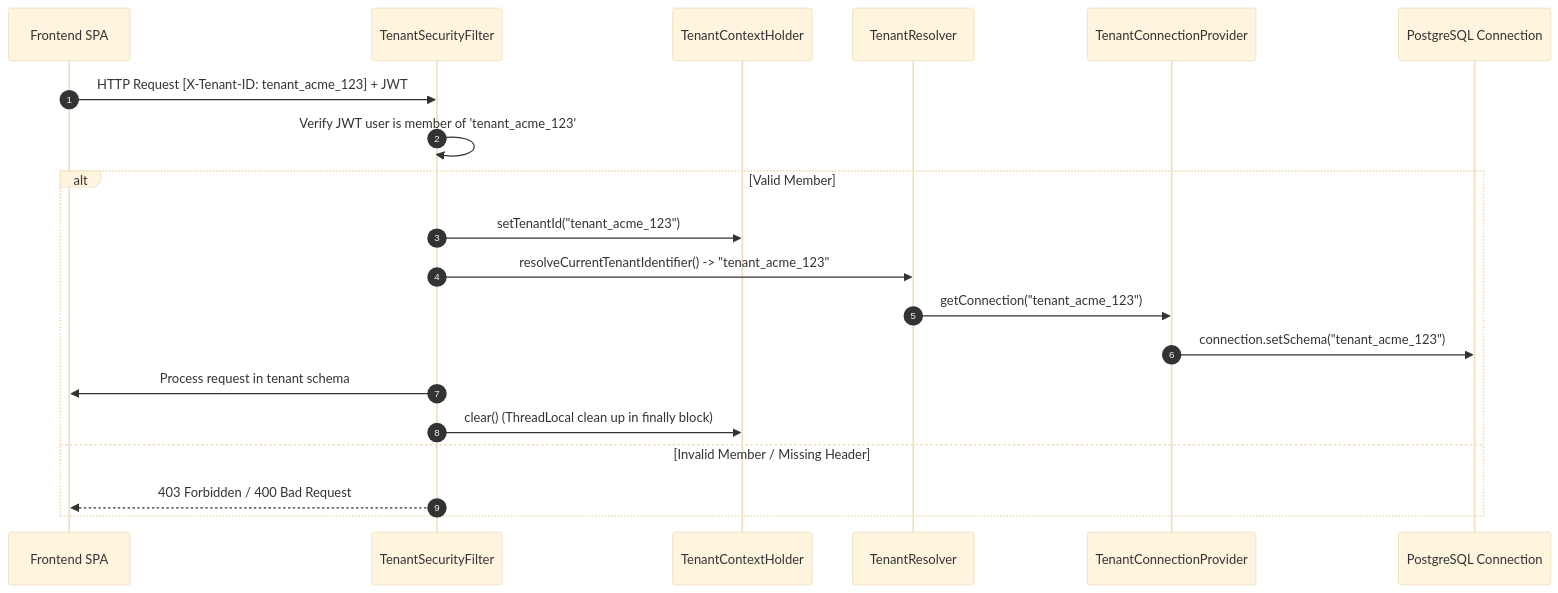
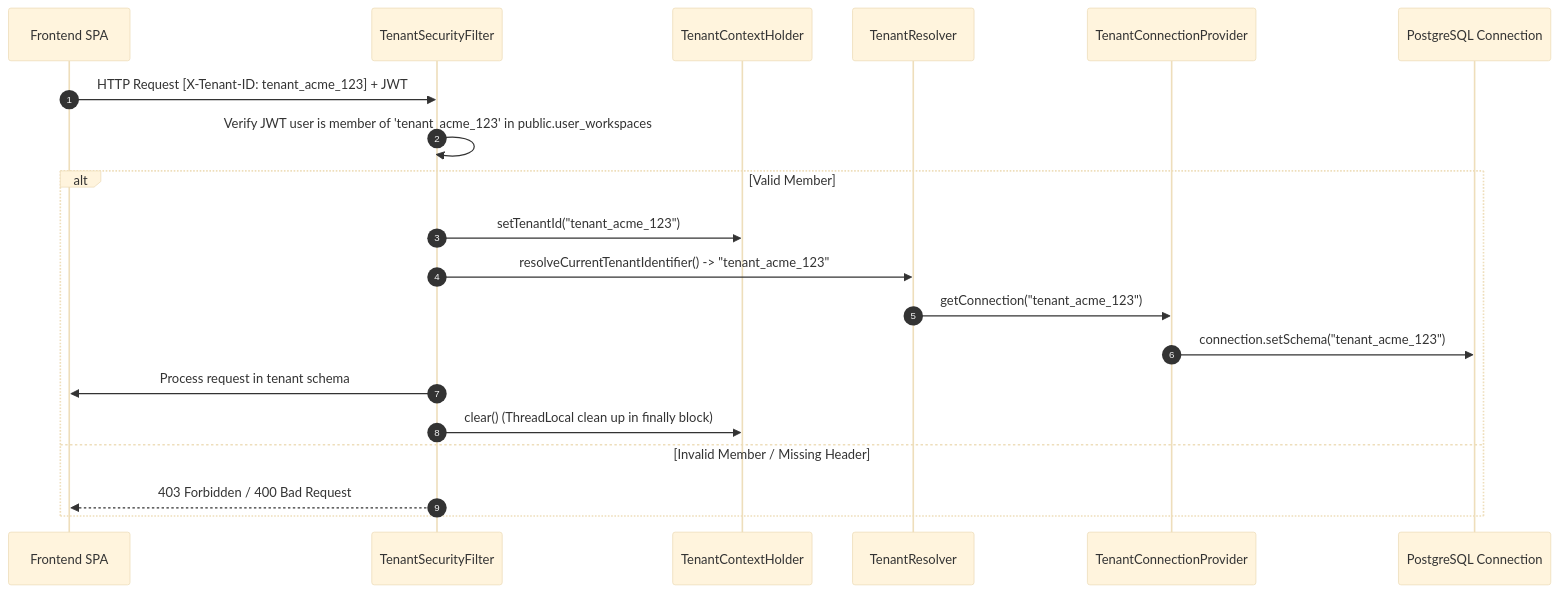
Before and after one commit to Eyad-Sharkawy/agency-os-back-end: the second of 3 diagrams in docs/ARCHITECTURE.md, drawn with Mermaid (base theme). The commit also changed other lines of this file and 7 other files, not shown here.

Commit message:
docs(back-end): synchronize OpenAPI specs, complete Postman collection, and update API architecture docs

````diff
--- a/docs/ARCHITECTURE.md
+++ b/docs/ARCHITECTURE.md
@@ -90,23 +94,23 @@
 ```mermaid
 sequenceDiagram
     autonumber
     participant Client as Frontend SPA
     participant Filter as TenantSecurityFilter
     participant Context as TenantContextHolder
     participant Resolver as TenantResolver
     participant Provider as TenantConnectionProvider
     participant JDBC as PostgreSQL Connection
 
     Client->>Filter: HTTP Request [X-Tenant-ID: tenant_acme_123] + JWT
-    Filter->>Filter: Verify JWT user is member of 'tenant_acme_123'
+    Filter->>Filter: Verify JWT user is member of 'tenant_acme_123' in public.user_workspaces
     alt Valid Member
         Filter->>Context: setTenantId("tenant_acme_123")
         Filter->>Resolver: resolveCurrentTenantIdentifier() -> "tenant_acme_123"
         Resolver->>Provider: getConnection("tenant_acme_123")
         Provider->>JDBC: connection.setSchema("tenant_acme_123")
         Filter->>Client: Process request in tenant schema
         Filter->>Context: clear() (ThreadLocal clean up in finally block)
     else Invalid Member / Missing Header
         Filter-->>Client: 403 Forbidden / 400 Bad Request
     end
 ```
````
